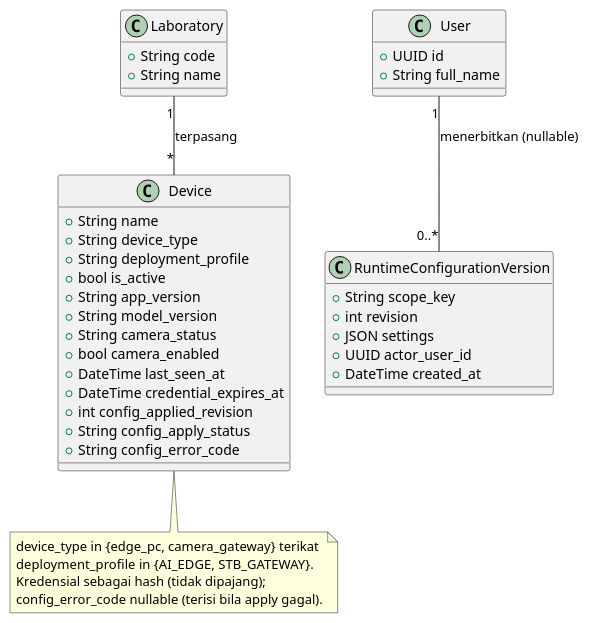
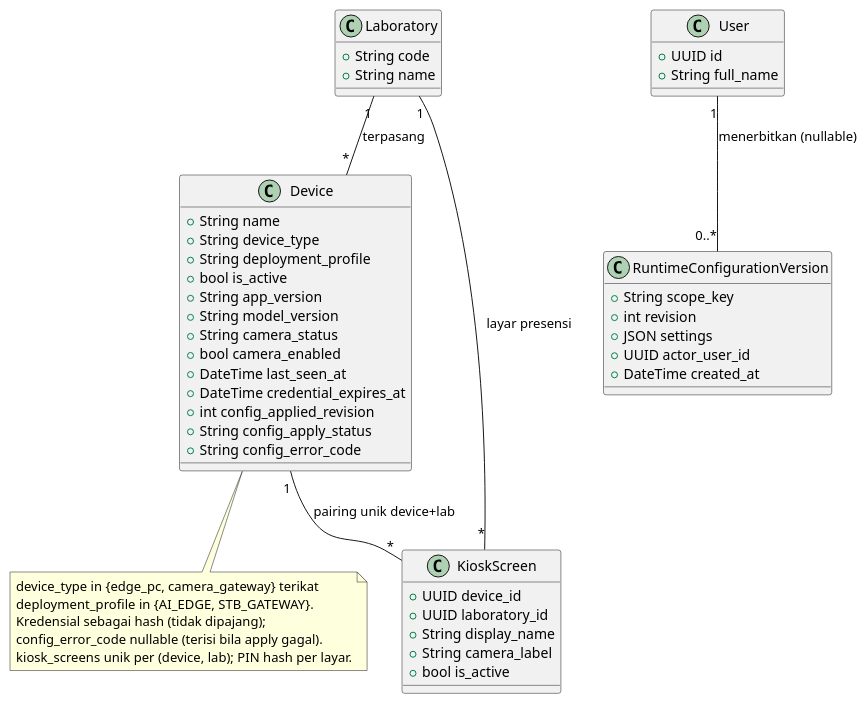
The diagram in docs/diagrams/plantuml/class-05-device.puml (mygads/Face-Recognition-Capstone), drawn with PlantUML before and after one commit. The commit also changed 242 other files, not shown here.

```diff
--- a/docs/diagrams/plantuml/class-05-device.puml
+++ b/docs/diagrams/plantuml/class-05-device.puml
@@ -1,42 +1,52 @@
 @startuml
 ' Class 7.5 Perangkat dan konfigurasi (F-11, F-12) — docs/proposal/07-data-dan-class.md
 class Device {
   +String name
   +String device_type
   +String deployment_profile
   +bool is_active
   +String app_version
   +String model_version
   +String camera_status
   +bool camera_enabled
   +DateTime last_seen_at
   +DateTime credential_expires_at
   +int config_applied_revision
   +String config_apply_status
   +String config_error_code
 }
 class RuntimeConfigurationVersion {
   +String scope_key
   +int revision
   +JSON settings
   +UUID actor_user_id
   +DateTime created_at
 }
 class Laboratory {
   +String code
   +String name
 }
+class KioskScreen {
+  +UUID device_id
+  +UUID laboratory_id
+  +String display_name
+  +String camera_label
+  +bool is_active
+}
 class User {
   +UUID id
   +String full_name
 }
 Laboratory "1" -- "*" Device : terpasang
+Laboratory "1" -- "*" KioskScreen : layar presensi
+Device "1" -- "*" KioskScreen : pairing unik device+lab
 User "1" -- "0..*" RuntimeConfigurationVersion : menerbitkan (nullable)
 
 note bottom of Device
   device_type in {edge_pc, camera_gateway} terikat
   deployment_profile in {AI_EDGE, STB_GATEWAY}.
   Kredensial sebagai hash (tidak dipajang);
   config_error_code nullable (terisi bila apply gagal).
+  kiosk_screens unik per (device, lab); PIN hash per layar.
 end note
 @enduml
```
